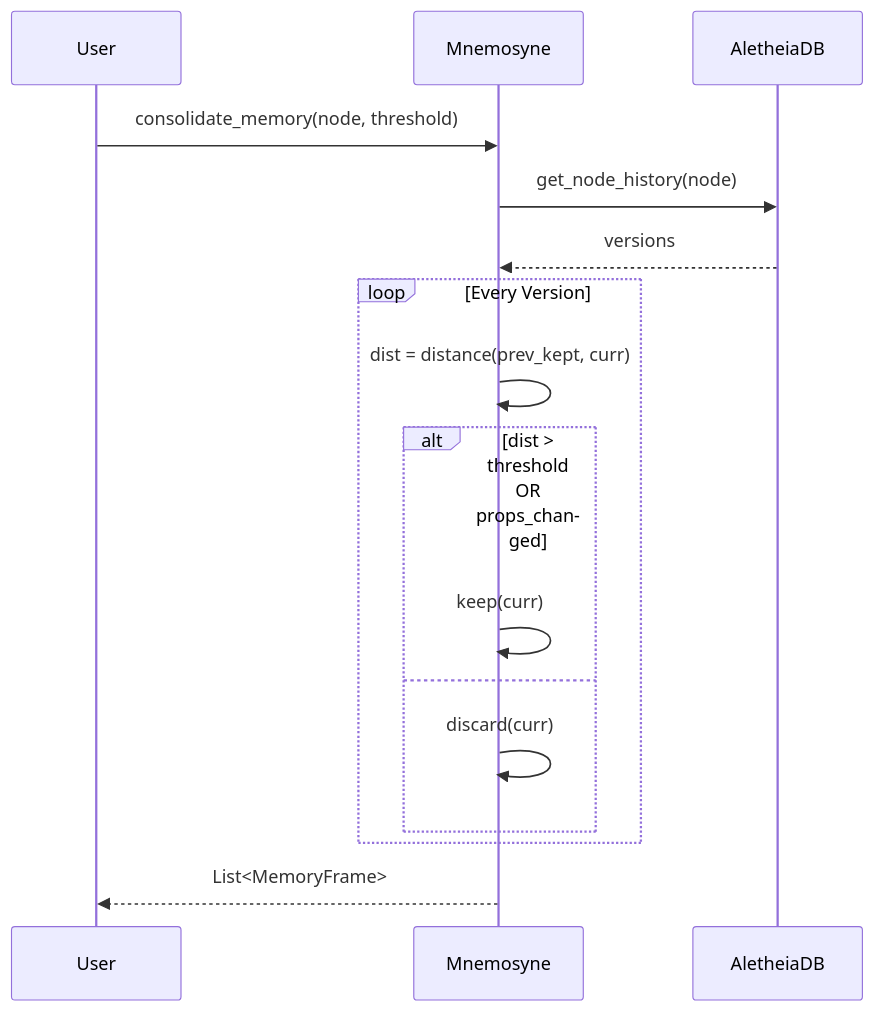
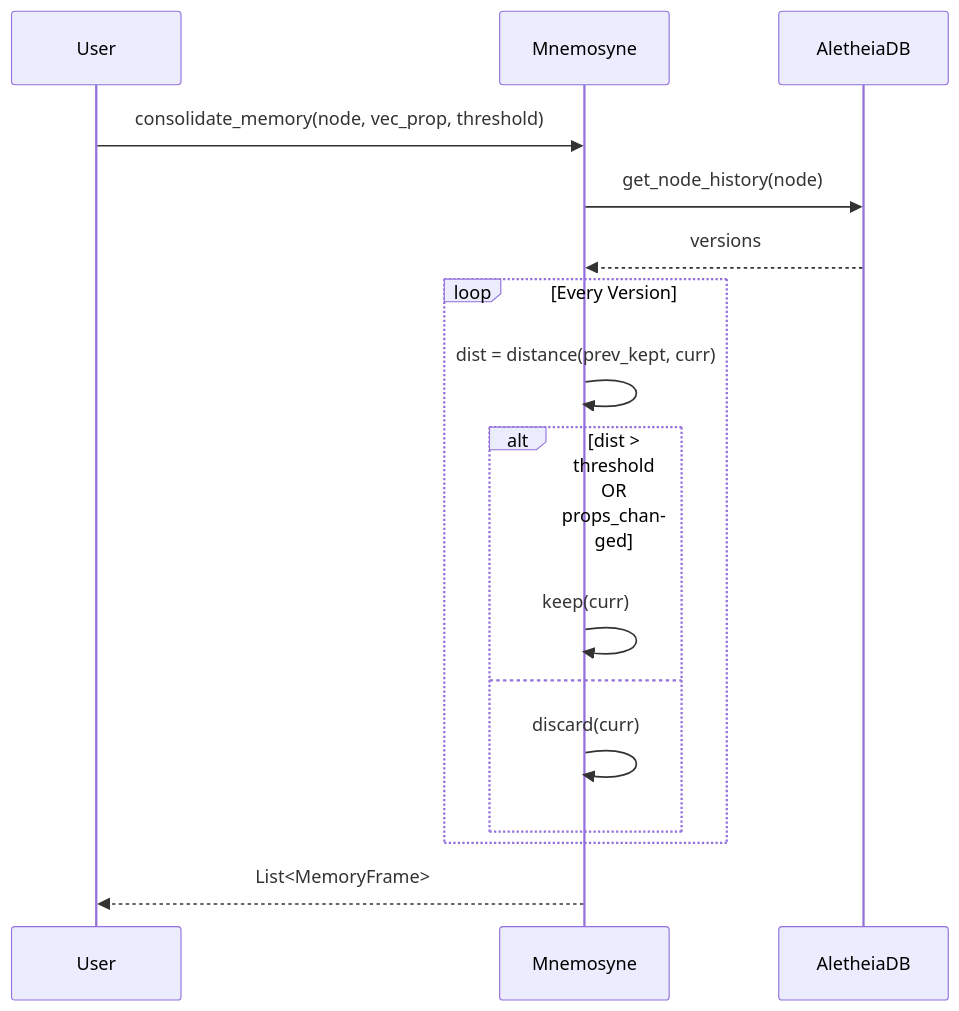
Diagram 43 of 44 in docs/ARCHITECTURE.md (autumn-foundation/AletheiaDB), drawn with Mermaid before and after one commit.

````diff
--- a/docs/ARCHITECTURE.md
+++ b/docs/ARCHITECTURE.md
@@ -897,19 +897,19 @@
 ```mermaid
 sequenceDiagram
     participant User
     participant Mnemosyne
     participant DB as AletheiaDB
 
-    User->>Mnemosyne: consolidate_memory(node, threshold)
+    User->>Mnemosyne: consolidate_memory(node, vec_prop, threshold)
     Mnemosyne->>DB: get_node_history(node)
     DB-->>Mnemosyne: versions
     loop Every Version
         Mnemosyne->>Mnemosyne: dist = distance(prev_kept, curr)
         alt dist > threshold OR props_changed
             Mnemosyne->>Mnemosyne: keep(curr)
         else
             Mnemosyne->>Mnemosyne: discard(curr)
         end
     end
     Mnemosyne-->>User: List<MemoryFrame>
 ```
````
